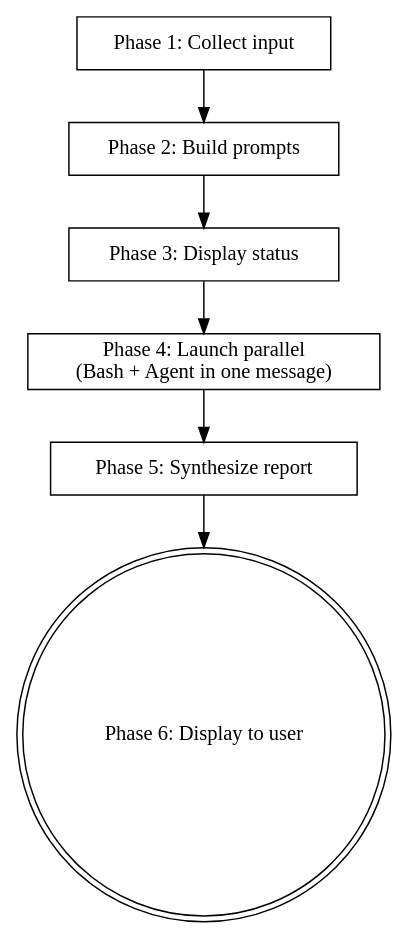
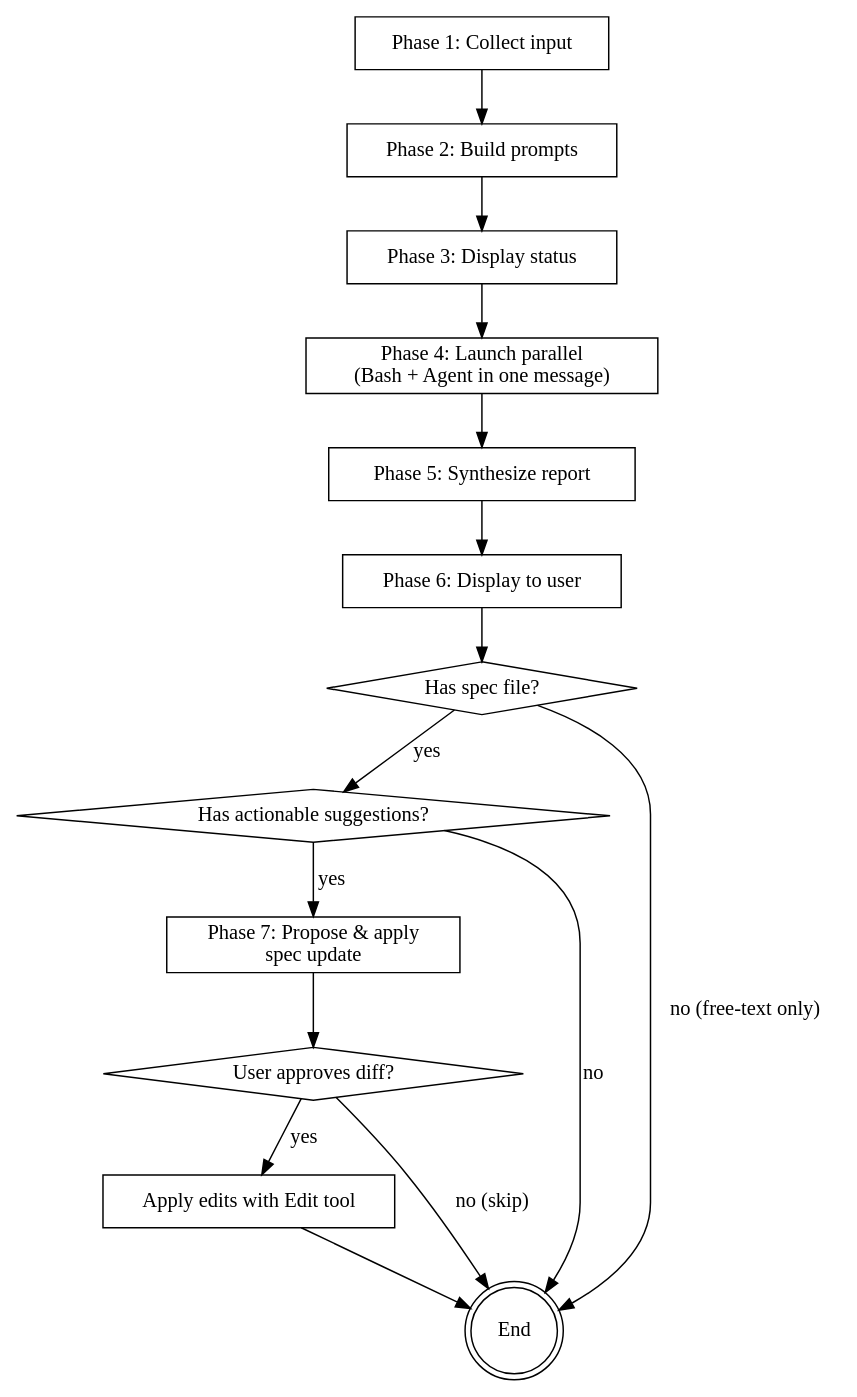
Before and after one commit to not-elm/forte: the diagram in skills/spec-review/SKILL.md, drawn with Graphviz. The commit also changed other lines of this file and 1 other file, not shown here.

First line of the commit message:
feat(spec-review): add Phase 7 propose-and-apply spec update

````diff
--- a/skills/spec-review/SKILL.md
+++ b/skills/spec-review/SKILL.md
@@ -46,17 +45,32 @@
 ```dot
 digraph spec_review {
     rankdir=TB;
     "Phase 1: Collect input" [shape=box];
     "Phase 2: Build prompts" [shape=box];
     "Phase 3: Display status" [shape=box];
     "Phase 4: Launch parallel\n(Bash + Agent in one message)" [shape=box];
     "Phase 5: Synthesize report" [shape=box];
-    "Phase 6: Display to user" [shape=doublecircle];
+    "Phase 6: Display to user" [shape=box];
+    "Phase 7: Propose & apply\nspec update" [shape=box];
+    "Has spec file?" [shape=diamond];
+    "Has actionable suggestions?" [shape=diamond];
+    "User approves diff?" [shape=diamond];
+    "Apply edits with Edit tool" [shape=box];
+    "End" [shape=doublecircle];
 
     "Phase 1: Collect input" -> "Phase 2: Build prompts";
     "Phase 2: Build prompts" -> "Phase 3: Display status";
     "Phase 3: Display status" -> "Phase 4: Launch parallel\n(Bash + Agent in one message)";
     "Phase 4: Launch parallel\n(Bash + Agent in one message)" -> "Phase 5: Synthesize report";
     "Phase 5: Synthesize report" -> "Phase 6: Display to user";
+    "Phase 6: Display to user" -> "Has spec file?";
+    "Has spec file?" -> "Has actionable suggestions?" [label="yes"];
+    "Has spec file?" -> "End" [label="no (free-text only)"];
+    "Has actionable suggestions?" -> "Phase 7: Propose & apply\nspec update" [label="yes"];
+    "Has actionable suggestions?" -> "End" [label="no"];
+    "Phase 7: Propose & apply\nspec update" -> "User approves diff?";
+    "User approves diff?" -> "Apply edits with Edit tool" [label="yes"];
+    "User approves diff?" -> "End" [label="no (skip)"];
+    "Apply edits with Edit tool" -> "End";
 }
 ```
````
